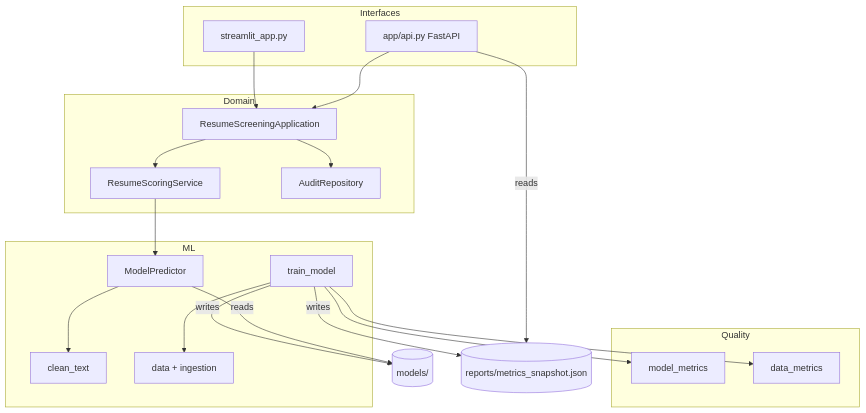
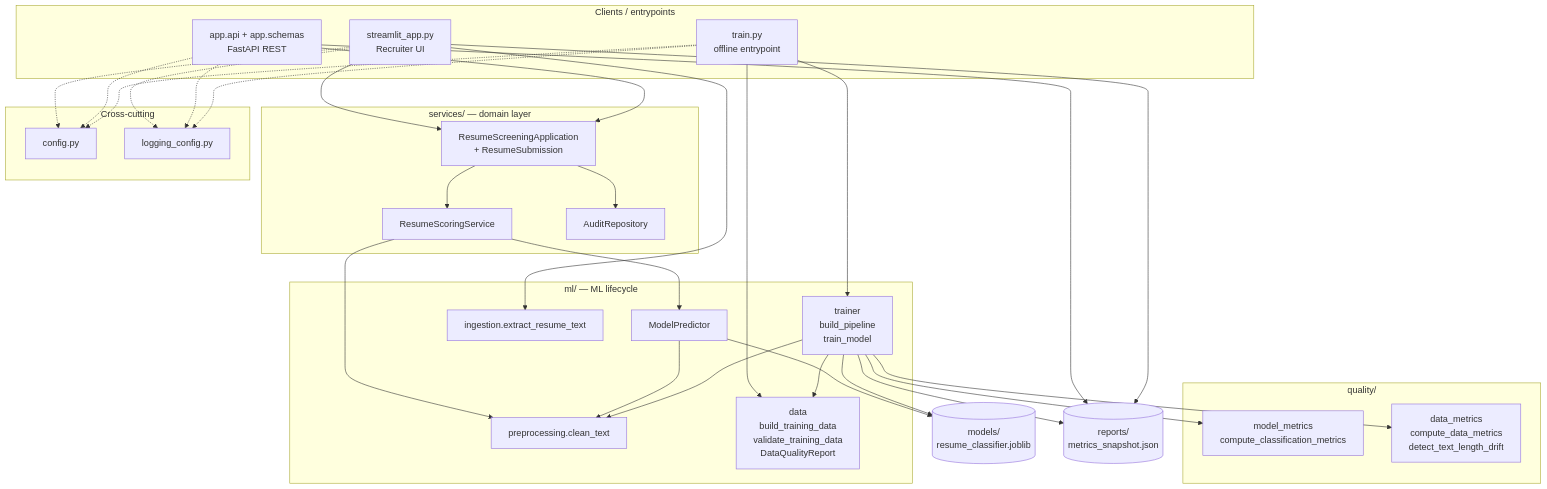
The second of 8 diagrams in architecture.md (pratapwagle/SEML_Assignment2_ResumeGrader), drawn with Mermaid before and after one commit. The commit also changed other lines of this file and 4 other files, not shown here.

First line of the commit message:
Update report with component diagram and application screenshots.

````diff
--- a/architecture.md
+++ b/architecture.md
@@ -111,39 +119,61 @@
 ```mermaid
 flowchart TB
-  subgraph Interfaces
-    UI[streamlit_app.py]
-    API[app/api.py FastAPI]
+  subgraph Clients["Clients / entrypoints"]
+    UI["streamlit_app.py<br/>Recruiter UI"]
+    API["app.api + app.schemas<br/>FastAPI REST"]
+    TRAIN_CLI["train.py<br/>offline entrypoint"]
   end
 
-  subgraph Domain
-    APP[ResumeScreeningApplication]
-    SCORE[ResumeScoringService]
-    AUDIT[AuditRepository]
+  subgraph Domain["services/ — domain layer"]
+    APP["ResumeScreeningApplication<br/>+ ResumeSubmission"]
+    SCORE["ResumeScoringService"]
+    AUDIT["AuditRepository"]
   end
 
-  subgraph ML
-    PRE[clean_text]
-    PRED[ModelPredictor]
-    TRAIN[train_model]
-    DATA[data + ingestion]
+  subgraph ML["ml/ — ML lifecycle"]
+    PRE["preprocessing.clean_text"]
+    PRED["ModelPredictor"]
+    ING["ingestion.extract_resume_text"]
+    DATA["data<br/>build_training_data<br/>validate_training_data<br/>DataQualityReport"]
+    TRAIN["trainer<br/>build_pipeline<br/>train_model"]
   end
 
-  subgraph Quality
-    MQ[model_metrics]
-    DQ[data_metrics]
+  subgraph Quality["quality/"]
+    MQ["model_metrics<br/>compute_classification_metrics"]
+    DQ["data_metrics<br/>compute_data_metrics<br/>detect_text_length_drift"]
   end
+
+  subgraph CrossCutting["Cross-cutting"]
+    CFG["config.py"]
+    LOG["logging_config.py"]
+  end
+
+  ART[("models/<br/>resume_classifier.joblib")]
+  MET[("reports/<br/>metrics_snapshot.json")]
 
   UI --> APP
   API --> APP
+  UI --> ING
   APP --> SCORE
   APP --> AUDIT
   SCORE --> PRED
+  SCORE --> PRE
   PRED --> PRE
+  PRED --> ART
+  API --> MET
+  UI --> MET
+  TRAIN_CLI --> DATA
+  TRAIN_CLI --> TRAIN
   TRAIN --> DATA
+  TRAIN --> PRE
   TRAIN --> MQ
   TRAIN --> DQ
-  TRAIN -->|writes| MODEL[(models/)]
-  TRAIN -->|writes| SNAP[(reports/metrics_snapshot.json)]
-  PRED -->|reads| MODEL
-  API -->|reads| SNAP
+  TRAIN --> ART
+  TRAIN --> MET
+  UI -.-> CFG
+  API -.-> CFG
+  TRAIN_CLI -.-> CFG
+  UI -.-> LOG
+  API -.-> LOG
+  TRAIN_CLI -.-> LOG
 ```
````
